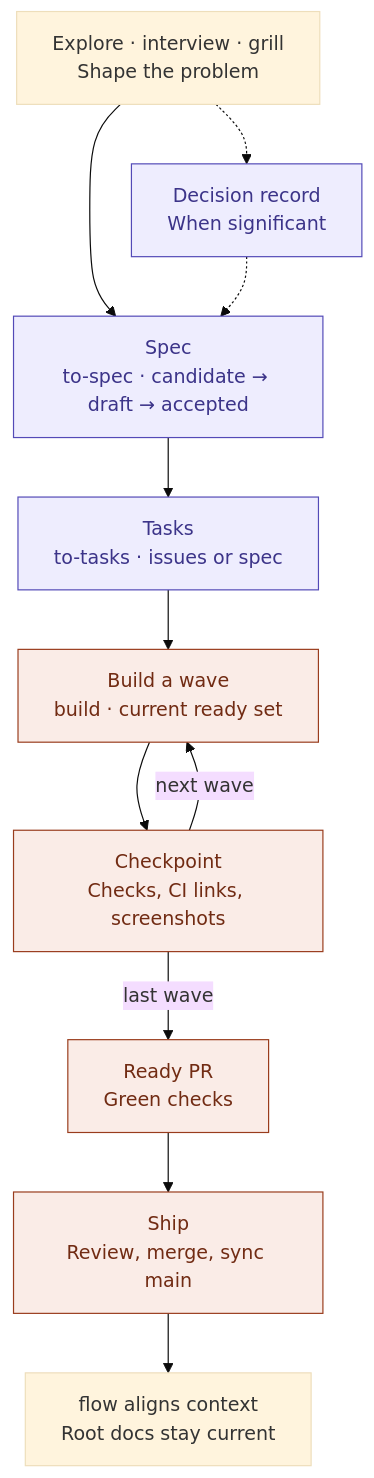
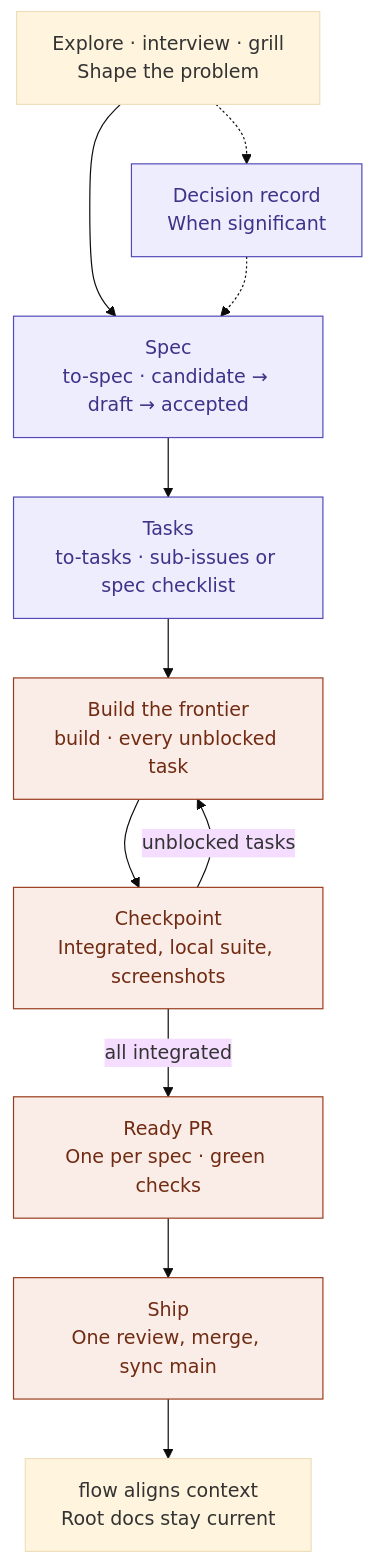
One commit to gaboesquivel/flow-skills changed the second of 2 diagrams in README.md. Above: the diagram before and after it, drawn with Mermaid (base theme). The commit also changed other lines of this file and 30 other files, not shown here.

First line of the commit message:
feat: spec issues and fast parallel builds (spec 018) (#87)

````diff
--- a/README.md
+++ b/README.md
@@ -57,22 +57,22 @@
 ```mermaid
 flowchart TB
   explore["Explore · interview · grill<br/>Shape the problem"]
   decision["Decision record<br/>When significant"]
   spec["Spec<br/>to-spec · candidate → draft → accepted"]
-  tasks["Tasks<br/>to-tasks · issues or spec"]
-  wave["Build a wave<br/>build · current ready set"]
-  checkpoint["Checkpoint<br/>Checks, CI links, screenshots"]
-  ready["Ready PR<br/>Green checks"]
-  land["Ship<br/>Review, merge, sync main"]
+  tasks["Tasks<br/>to-tasks · sub-issues or spec checklist"]
+  frontier["Build the frontier<br/>build · every unblocked task"]
+  checkpoint["Checkpoint<br/>Integrated, local suite, screenshots"]
+  ready["Ready PR<br/>One per spec · green checks"]
+  land["Ship<br/>One review, merge, sync main"]
   align["flow aligns context<br/>Root docs stay current"]
   explore --> spec
   explore -.-> decision
   decision -.-> spec
-  spec --> tasks --> wave --> checkpoint
-  checkpoint -- next wave --> wave
-  checkpoint -- last wave --> ready --> land --> align
+  spec --> tasks --> frontier --> checkpoint
+  checkpoint -- unblocked tasks --> frontier
+  checkpoint -- all integrated --> ready --> land --> align
   classDef doc fill:#EEEDFE,stroke:#534AB7,color:#3C3489
   classDef run fill:#FAECE7,stroke:#993C1D,color:#712B13
   class decision,spec,tasks doc
-  class wave,checkpoint,ready,land run
+  class frontier,checkpoint,ready,land run
 ```
````
